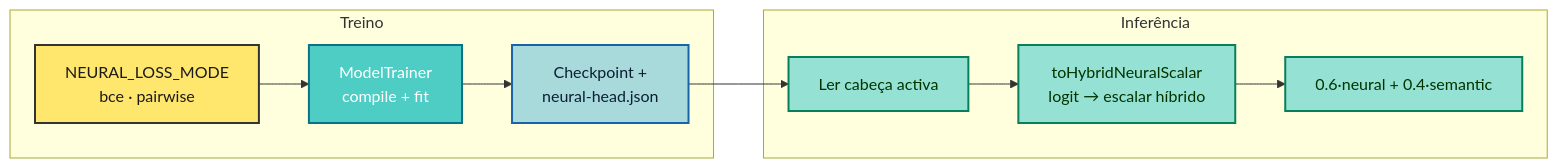
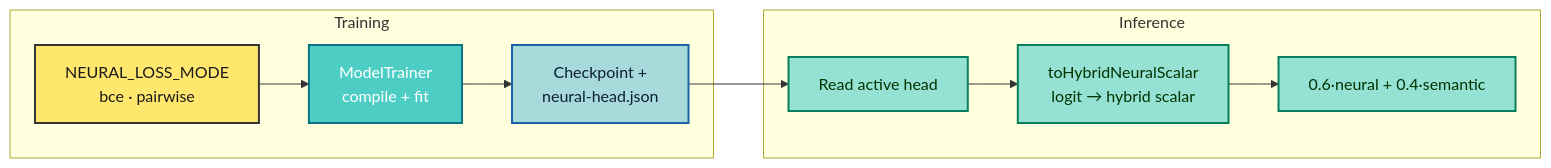
One commit to gabrielgrillorosa/smart-marketplace-recommender changed the eighth of 16 diagrams in README.md. Above: the diagram before and after it, drawn with Mermaid. The commit also changed other lines of this file, not shown here.

````diff
--- a/README.md
+++ b/README.md
@@ -687,23 +671,23 @@
 ```mermaid
 flowchart LR
-    subgraph Treino
+    subgraph Training
       ENV["NEURAL_LOSS_MODE\nbce · pairwise"] --> MT["ModelTrainer\ncompile + fit"]
       MT --> ART["Checkpoint +\nneural-head.json"]
     end
 
-    subgraph Inferência
-      ART --> RD["Ler cabeça activa"]
-      RD --> MAP["toHybridNeuralScalar\nlogit → escalar híbrido"]
+    subgraph Inference
+      ART --> RD["Read active head"]
+      RD --> MAP["toHybridNeuralScalar\nlogit → hybrid scalar"]
       MAP --> HYB["0.6·neural + 0.4·semantic"]
     end
 
     classDef cfg fill:#FFE66D,stroke:#333,stroke-width:2px,color:#1a1a1a
     classDef train fill:#4ECDC4,stroke:#0B7285,color:#fff,stroke-width:2px
     classDef disk fill:#A8DADC,stroke:#1864AB,stroke-width:2px,color:#0B1F33
     classDef inf fill:#95E1D3,stroke:#087F5B,stroke-width:2px,color:#003300
 
     class ENV cfg
     class MT train
     class ART disk
     class RD,MAP,HYB inf
 ```
````
